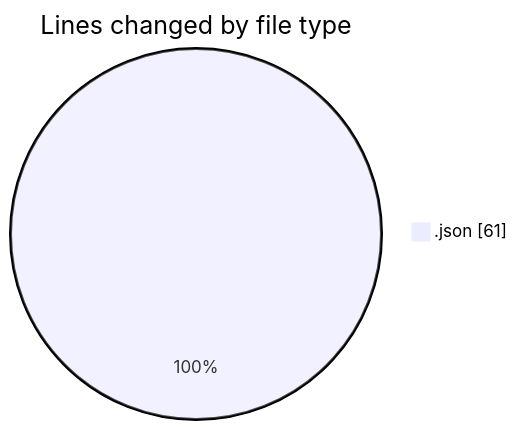
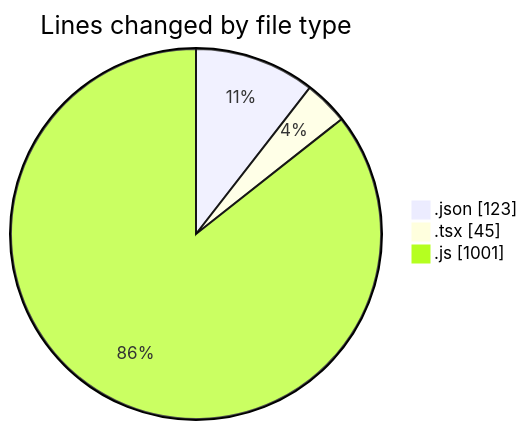
Before and after one commit to momahboobian/code-tracking: the first of 2 diagrams in 2026-04-13/cda/README.md, drawn with Mermaid. The commit also changed other lines of this file and 1 other file, not shown here.

````diff
--- a/2026-04-13/cda/README.md
+++ b/2026-04-13/cda/README.md
@@ -20,5 +24,7 @@
 ```mermaid
 pie showData
 title Lines changed by file type
-".json" : 61
+".json" : 123
+".tsx" : 45
+".js" : 1001
 ```
````
